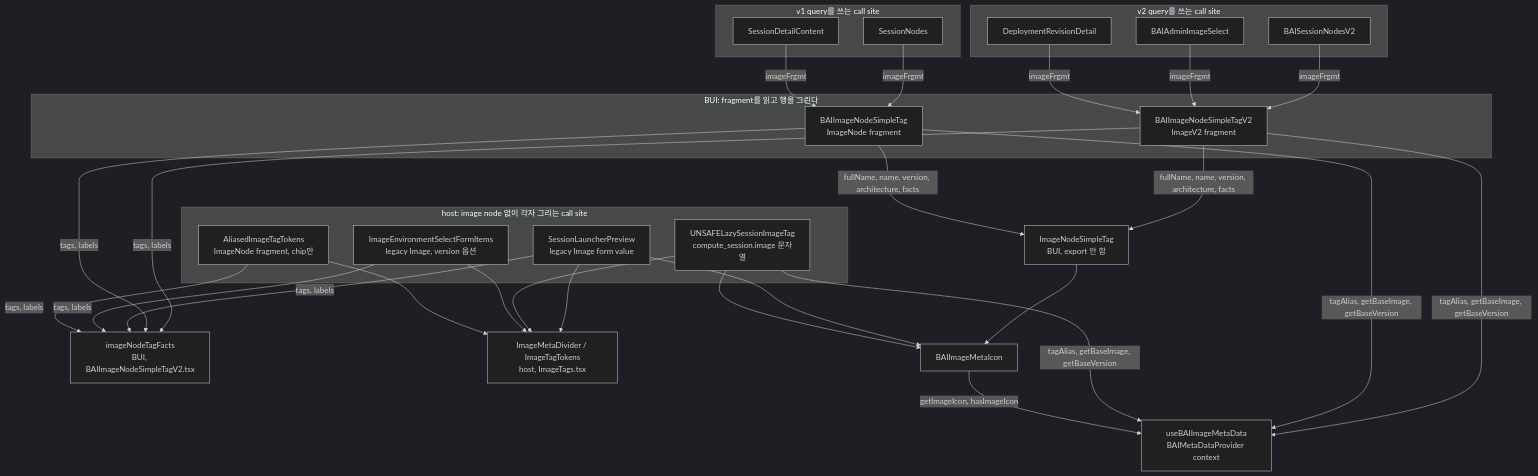
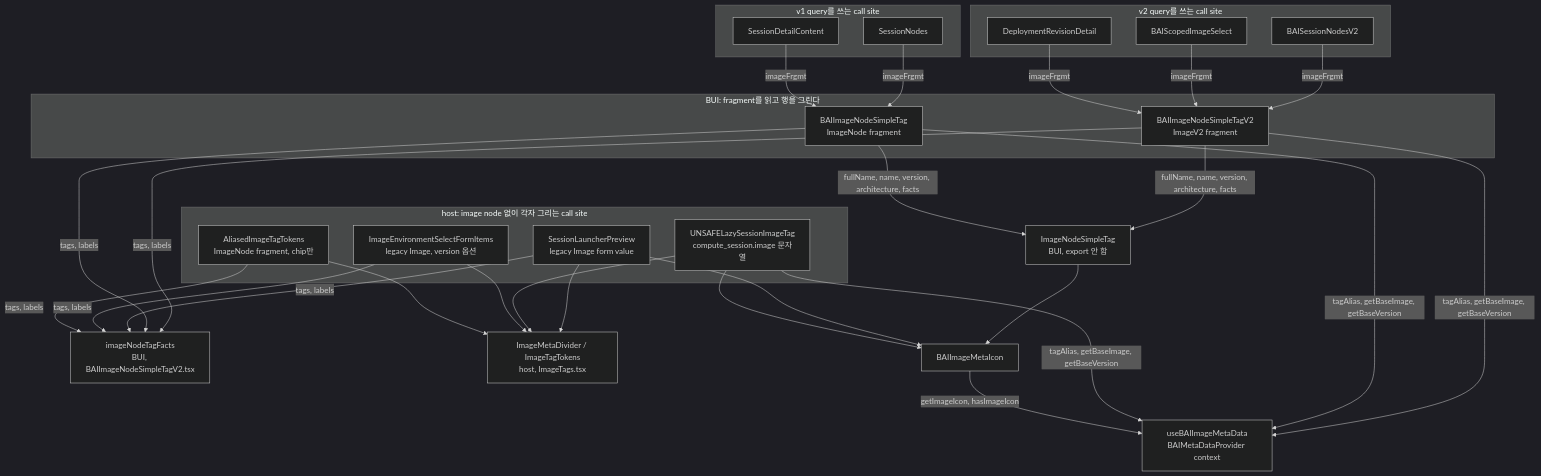
Before and after one commit to lablup/backend.ai-webui: the diagram in docs/adr/0005-container-image-meta-row.md, drawn with Mermaid (dark theme). The commit also changed other lines of this file and 12 other files, not shown here.

First line of the commit message:
refactor(#10306): name the scoped image select and image reference hook after their scope

````diff
--- a/docs/adr/0005-container-image-meta-row.md
+++ b/docs/adr/0005-container-image-meta-row.md
@@ -39,37 +39,37 @@
 ```mermaid
 flowchart TB
   subgraph bui["BUI: fragment를 읽고 행을 그린다"]
     v2["BAIImageNodeSimpleTagV2<br/>ImageV2 fragment"]
     v1["BAIImageNodeSimpleTag<br/>ImageNode fragment"]
   end
   subgraph v2callers["v2 query를 쓰는 call site"]
     sessionsV2["BAISessionNodesV2"]
-    adminPicker["BAIAdminImageSelect"]
+    adminPicker["BAIScopedImageSelect"]
     revision["DeploymentRevisionDetail"]
   end
   subgraph v1callers["v1 query를 쓰는 call site"]
     sessions["SessionNodes"]
     detail["SessionDetailContent"]
   end
   subgraph host["host: image node 없이 각자 그리는 call site"]
     launcher["SessionLauncherPreview<br/>legacy Image form value"]
     lazy["UNSAFELazySessionImageTag<br/>compute_session.image 문자열"]
     envSelect["ImageEnvironmentSelectFormItems<br/>legacy Image, version 옵션"]
     tagsOnly["AliasedImageTagTokens<br/>ImageNode fragment, chip만"]
   end
   row["ImageNodeSimpleTag<br/>BUI, export 안 함"]
   facts["imageNodeTagFacts<br/>BUI, BAIImageNodeSimpleTagV2.tsx"]
   parts["ImageMetaDivider / ImageTagTokens<br/>host, ImageTags.tsx"]
   icon["BAIImageMetaIcon"]
   meta["useBAIImageMetaData<br/>BAIMetaDataProvider context"]
 
   sessionsV2 & adminPicker & revision -- "imageFrgmt" --> v2
   sessions & detail -- "imageFrgmt" --> v1
   v2 & v1 -- "tags, labels" --> facts
   v2 & v1 -- "fullName, name, version, architecture, facts" --> row
   launcher & envSelect & tagsOnly -- "tags, labels" --> facts
   launcher & lazy & envSelect & tagsOnly --> parts
   row & launcher & lazy --> icon
   v2 & v1 & lazy -- "tagAlias, getBaseImage, getBaseVersion" --> meta
   icon -- "getImageIcon, hasImageIcon" --> meta
 ```
````
